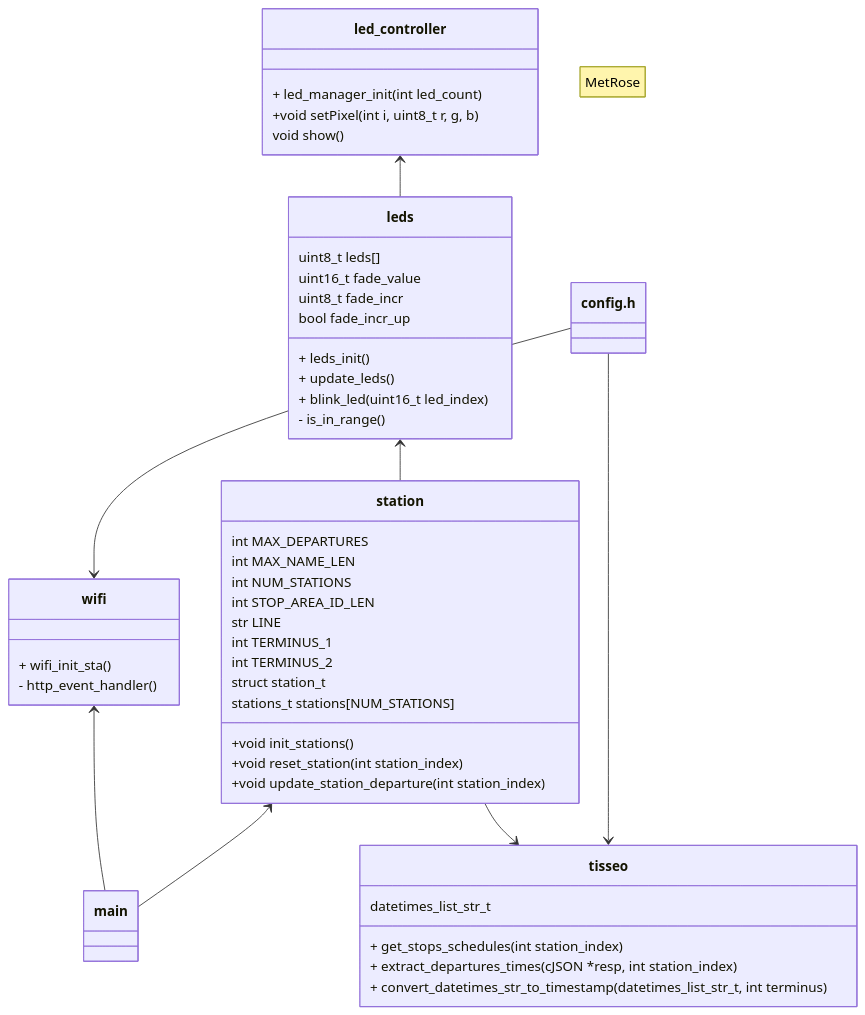
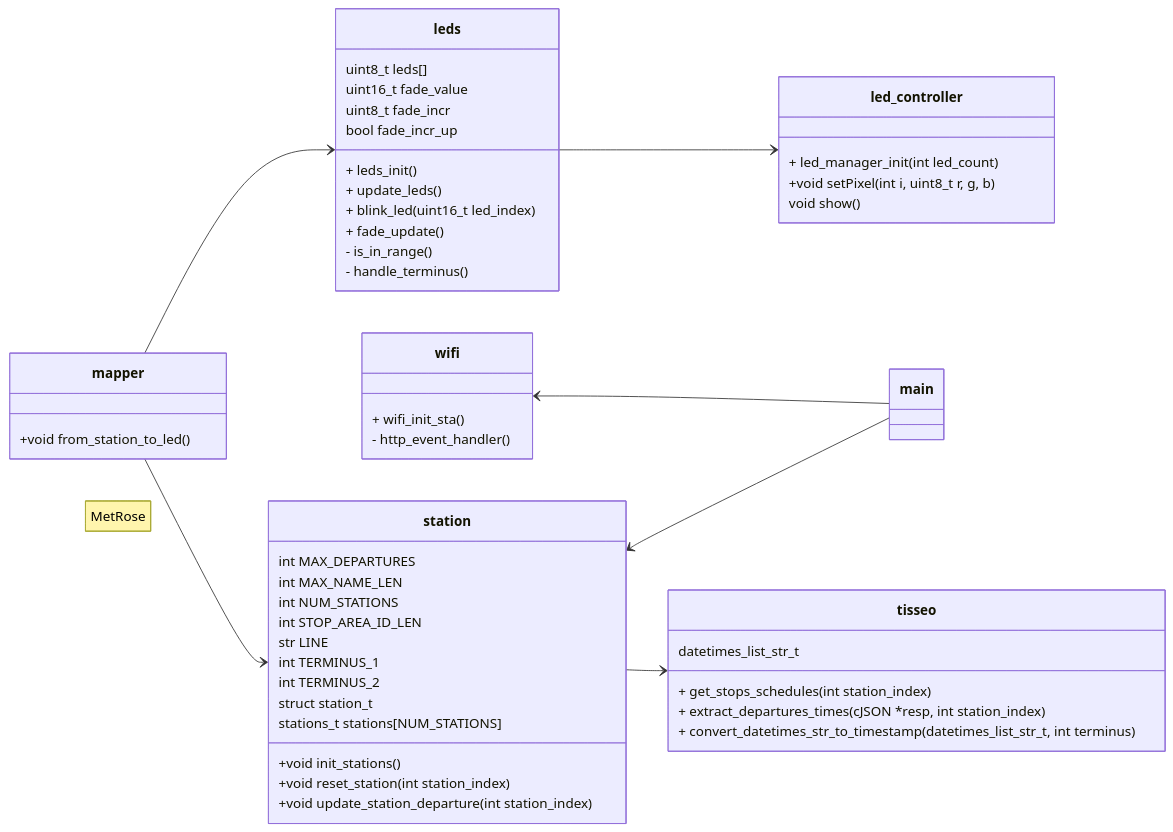
One commit to ritonun/esp32-MetRose changed the diagram in README.md. Above: the diagram before and after it, drawn with Mermaid. The commit also changed 3 other files, not shown here.

Commit message:
update mermaid diagram

````diff
--- a/README.md
+++ b/README.md
@@ -4,55 +4,61 @@
 ```mermaid
  classDiagram
+ direction LR
     note "MetRose"
     wifi <-- main
     station <-- main
-    leds <-- station
-    led_controller <-- leds
     station --> tisseo
-    config.h --> wifi
-    config.h --> tisseo
+    mapper --> leds 
+    leds --> led_controller
+    mapper --> station
+
+    class mapper{
+        +void from_station_to_led()
+    }
 
     class station {
         int MAX_DEPARTURES
         int MAX_NAME_LEN
         int NUM_STATIONS
         int STOP_AREA_ID_LEN
         str LINE
         int TERMINUS_1
         int TERMINUS_2
         struct station_t
         stations_t stations[NUM_STATIONS]
         +void init_stations()
         +void reset_station(int station_index)
         +void update_station_departure(int station_index)
     }
 
     class wifi{
         + wifi_init_sta()
         - http_event_handler()
     }
 
     class leds{
         uint8_t leds[]
         uint16_t fade_value
         uint8_t fade_incr
         bool fade_incr_up
         + leds_init()
         + update_leds()
         + blink_led(uint16_t led_index)
+        + fade_update()
         - is_in_range()
+        - handle_terminus()
     }
 
     class led_controller{
         + led_manager_init(int led_count)
         +void setPixel(int i, uint8_t r, g, b)
         void show()
     }
 
     class tisseo{
         datetimes_list_str_t
         + get_stops_schedules(int station_index)
         + extract_departures_times(cJSON *resp, int station_index)
         + convert_datetimes_str_to_timestamp(datetimes_list_str_t, int terminus)
     }
 ```
````
